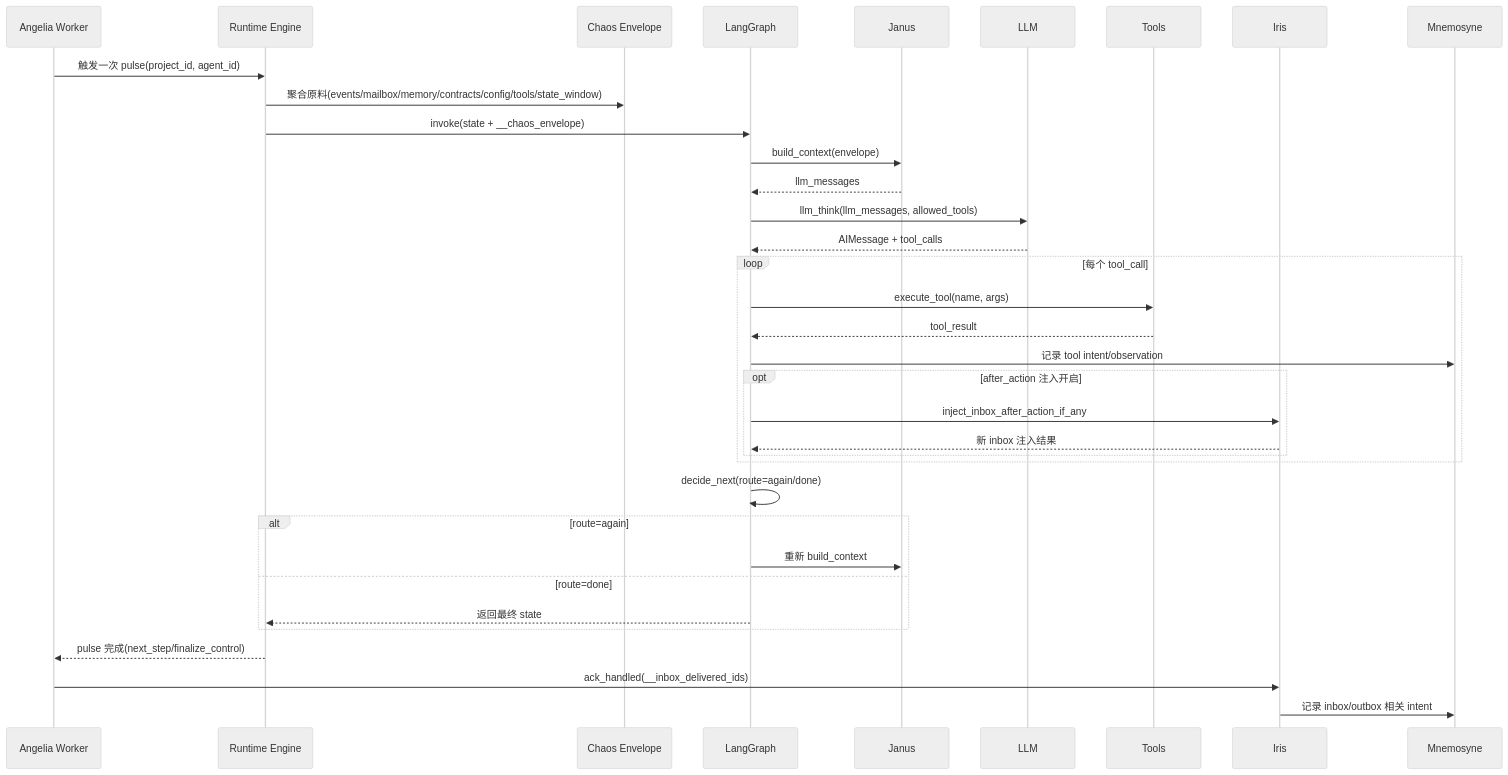
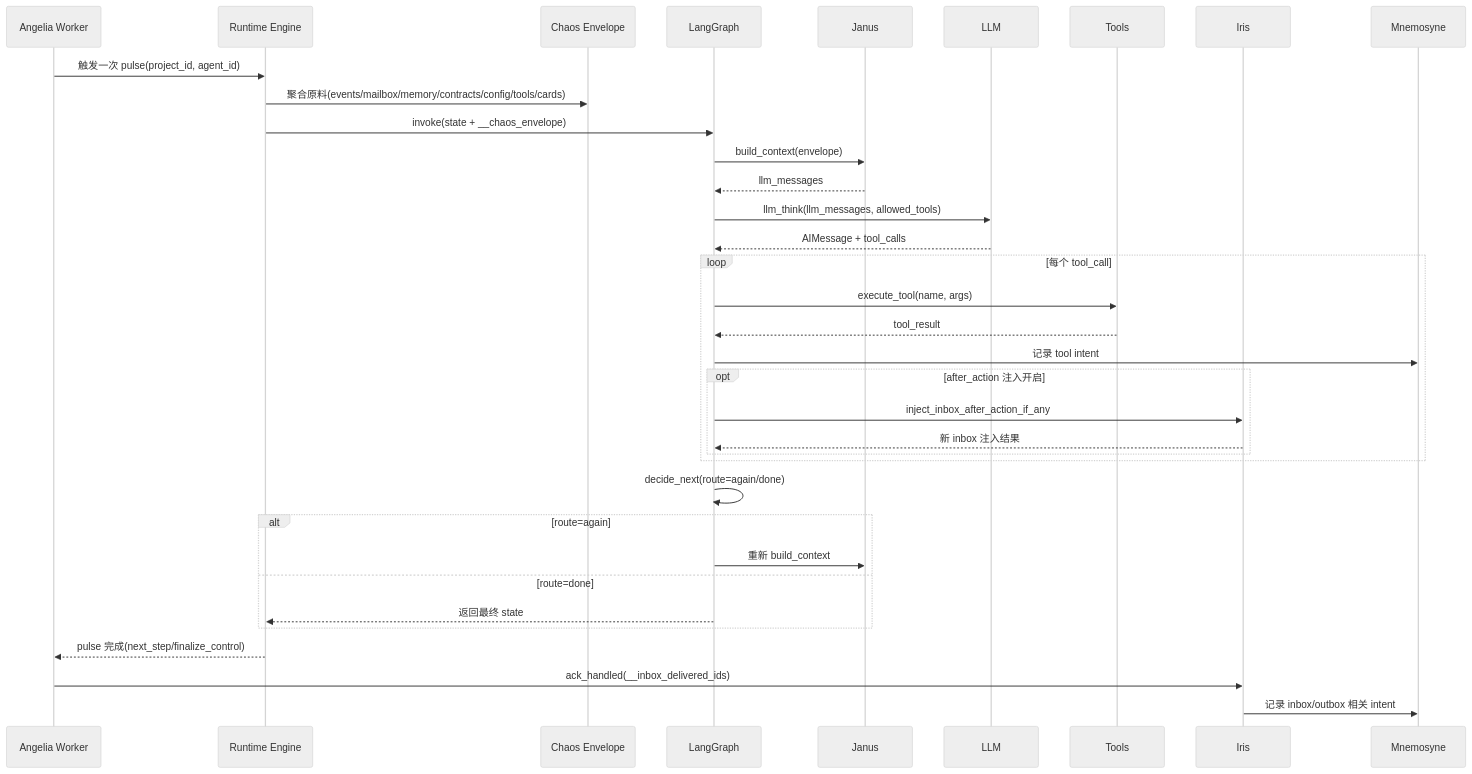
One commit to Lands54/Pantheon changed the third of 3 diagrams in docs/ADR_LANGGRAPH_RUNTIME_BOUNDARY.md. Above: the diagram before and after it, drawn with Mermaid (neutral theme). The commit also changed 42 other files, not shown here.

Commit message:
test(docs): align architecture docs and add card/chaos/memory regression coverage

````diff
--- a/docs/ADR_LANGGRAPH_RUNTIME_BOUNDARY.md
+++ b/docs/ADR_LANGGRAPH_RUNTIME_BOUNDARY.md
@@ -153,45 +153,45 @@
 ```mermaid
 sequenceDiagram
     participant W as Angelia Worker
     participant E as Runtime Engine
     participant C as Chaos Envelope
     participant G as LangGraph
     participant J as Janus
     participant L as LLM
     participant T as Tools
     participant I as Iris
     participant M as Mnemosyne
 
     W->>E: 触发一次 pulse(project_id, agent_id)
-    E->>C: 聚合原料(events/mailbox/memory/contracts/config/tools/state_window)
+    E->>C: 聚合原料(events/mailbox/memory/contracts/config/tools/cards)
     E->>G: invoke(state + __chaos_envelope)
 
     G->>J: build_context(envelope)
     J-->>G: llm_messages
 
     G->>L: llm_think(llm_messages, allowed_tools)
     L-->>G: AIMessage + tool_calls
 
     loop 每个 tool_call
         G->>T: execute_tool(name, args)
         T-->>G: tool_result
-        G->>M: 记录 tool intent/observation
+        G->>M: 记录 tool intent
         opt after_action 注入开启
             G->>I: inject_inbox_after_action_if_any
             I-->>G: 新 inbox 注入结果
         end
     end
 
     G->>G: decide_next(route=again/done)
 
     alt route=again
         G->>J: 重新 build_context
     else route=done
         G-->>E: 返回最终 state
     end
 
     E-->>W: pulse 完成(next_step/finalize_control)
     W->>I: ack_handled(__inbox_delivered_ids)
     I->>M: 记录 inbox/outbox 相关 intent
 
 ```
````
